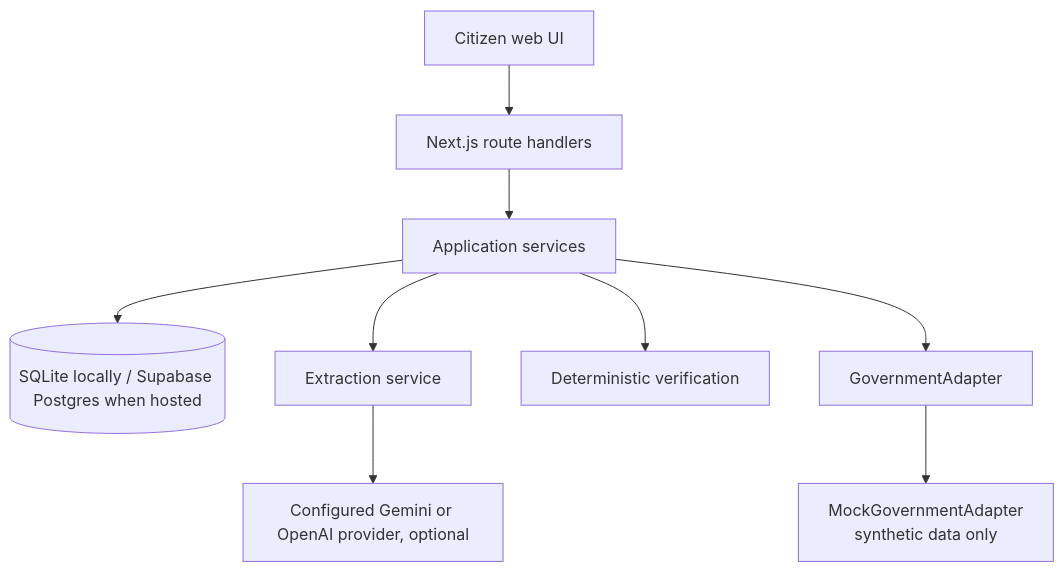
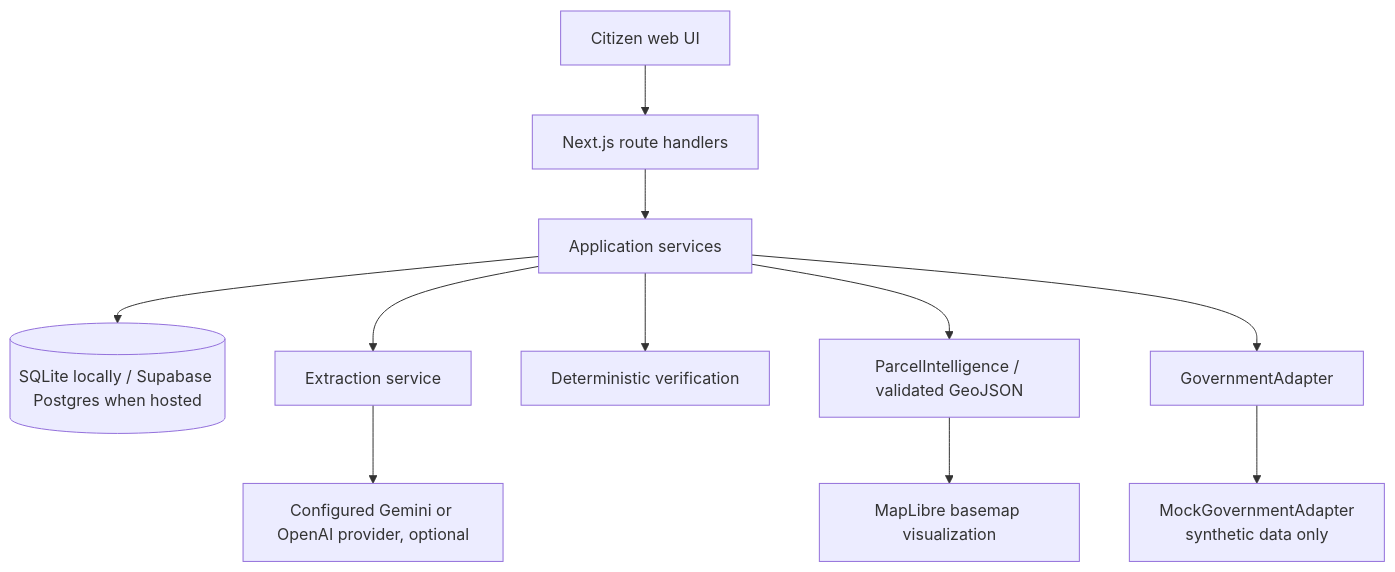
One commit to Haus-Nous/bhoomi-check changed the first of 2 diagrams in docs/PRODUCTION_ARCHITECTURE.md. Above: the diagram before and after it, drawn with Mermaid. The commit also changed other lines of this file and 28 other files, not shown here.

````diff
--- a/docs/PRODUCTION_ARCHITECTURE.md
+++ b/docs/PRODUCTION_ARCHITECTURE.md
@@ -5,11 +5,13 @@
 ```mermaid
 flowchart TD
   UI[Citizen web UI] --> API[Next.js route handlers]
   API --> APP[Application services]
   APP --> DB[(SQLite locally / Supabase Postgres when hosted)]
   APP --> EXT[Extraction service]
   EXT --> AI[Configured Gemini or OpenAI provider, optional]
   APP --> VER[Deterministic verification]
+  APP --> GEO[ParcelIntelligence / validated GeoJSON]
+  GEO --> MAP[MapLibre basemap visualization]
   APP --> GOV[GovernmentAdapter]
   GOV --> MOCK[MockGovernmentAdapter\nsynthetic data only]
 ```
````
